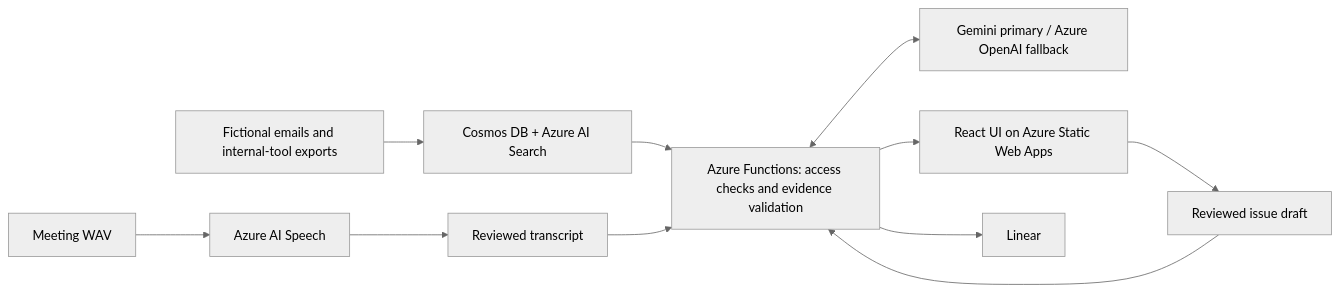
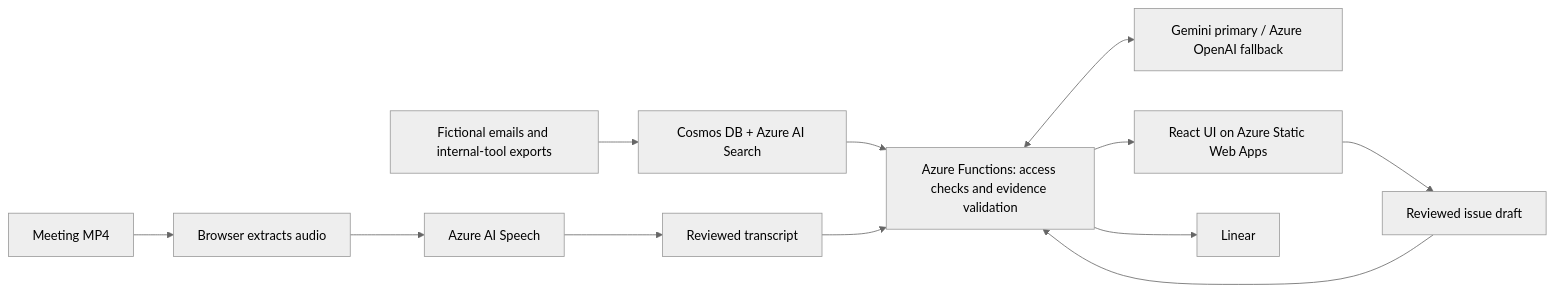
The diagram in README.md (belalezat1/DeepRoot), drawn with Mermaid (neutral theme) before and after one commit. The commit also changed other lines of this file and 115 other files, not shown here.

````diff
--- a/README.md
+++ b/README.md
@@ -41,13 +42,14 @@
 ```mermaid
 flowchart LR
     Records["Fictional emails and internal-tool exports"] --> Store["Cosmos DB + Azure AI Search"]
-    Audio["Meeting WAV"] --> Speech["Azure AI Speech"]
+    Audio["Meeting MP4"] --> Extract["Browser extracts audio"]
+    Extract --> Speech["Azure AI Speech"]
     Speech --> Review["Reviewed transcript"]
     Store --> API["Azure Functions: access checks and evidence validation"]
     Review --> API
     API <--> Model["Gemini primary / Azure OpenAI fallback"]
     API --> Web["React UI on Azure Static Web Apps"]
     Web --> Ticket["Reviewed issue draft"]
     Ticket --> API
     API --> Linear["Linear"]
 ```
````
